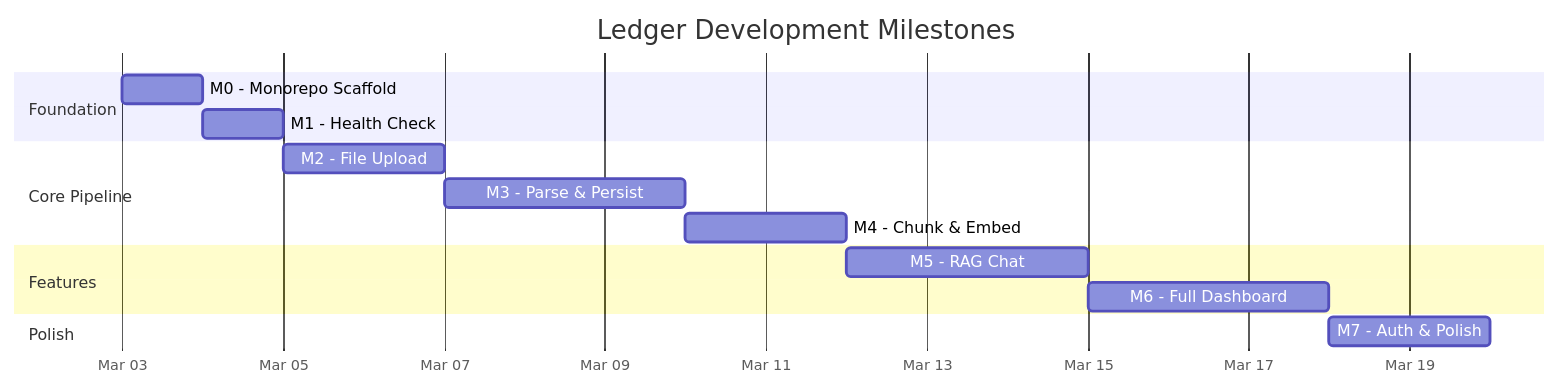
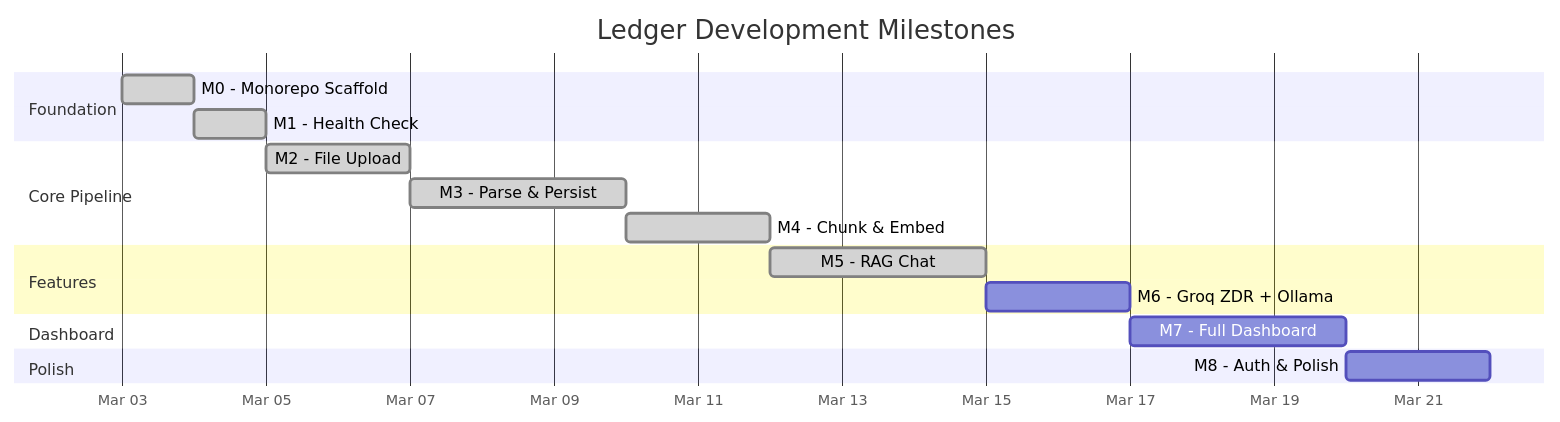
Before and after one commit to darth-dodo/ledger: the fourth of 4 diagrams in docs/product.md, drawn with Mermaid. The commit also changed other lines of this file and 72 other files, not shown here.

First line of the commit message:
feat: M5 RAG Chat with Agentic ReAct Loop + Adaptive Query Decomposition (#6)

````diff
--- a/docs/product.md
+++ b/docs/product.md
@@ -139,22 +176,25 @@
 ```mermaid
 gantt
     title Ledger Development Milestones
     dateFormat YYYY-MM-DD
     axisFormat %b %d
 
     section Foundation
-        M0 - Monorepo Scaffold       :m0, 2026-03-03, 1d
-        M1 - Health Check             :m1, after m0, 1d
+        M0 - Monorepo Scaffold       :done, m0, 2026-03-03, 1d
+        M1 - Health Check             :done, m1, after m0, 1d
 
     section Core Pipeline
-        M2 - File Upload              :m2, after m1, 2d
-        M3 - Parse & Persist          :m3, after m2, 3d
-        M4 - Chunk & Embed            :m4, after m3, 2d
+        M2 - File Upload              :done, m2, after m1, 2d
+        M3 - Parse & Persist          :done, m3, after m2, 3d
+        M4 - Chunk & Embed            :done, m4, after m3, 2d
 
     section Features
-        M5 - RAG Chat                 :m5, after m4, 3d
-        M6 - Full Dashboard           :m6, after m5, 3d
+        M5 - RAG Chat                 :done, m5, after m4, 3d
+        M6 - Groq ZDR + Ollama        :m6, after m5, 2d
+
+    section Dashboard
+        M7 - Full Dashboard           :m7, after m6, 3d
 
     section Polish
-        M7 - Auth & Polish            :m7, after m6, 2d
+        M8 - Auth & Polish            :m8, after m7, 2d
 ```
````
